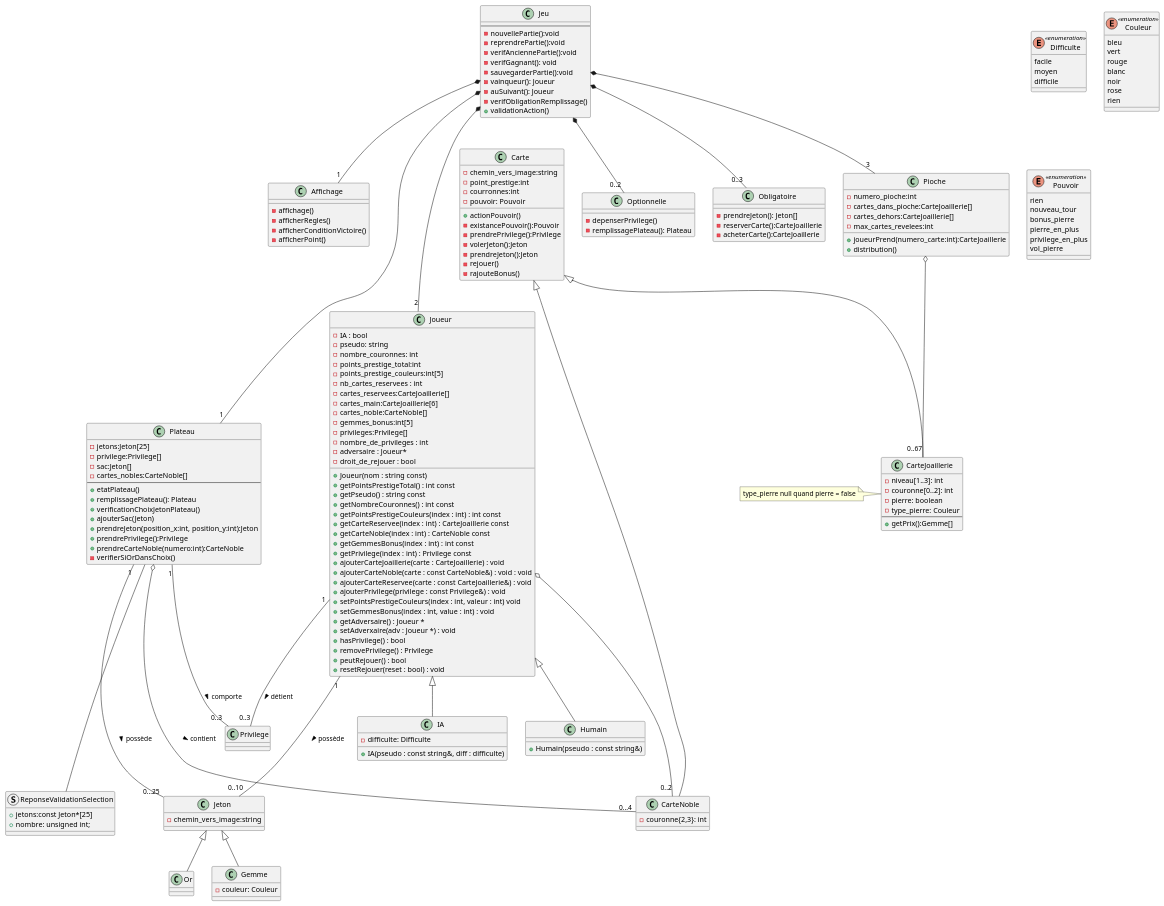
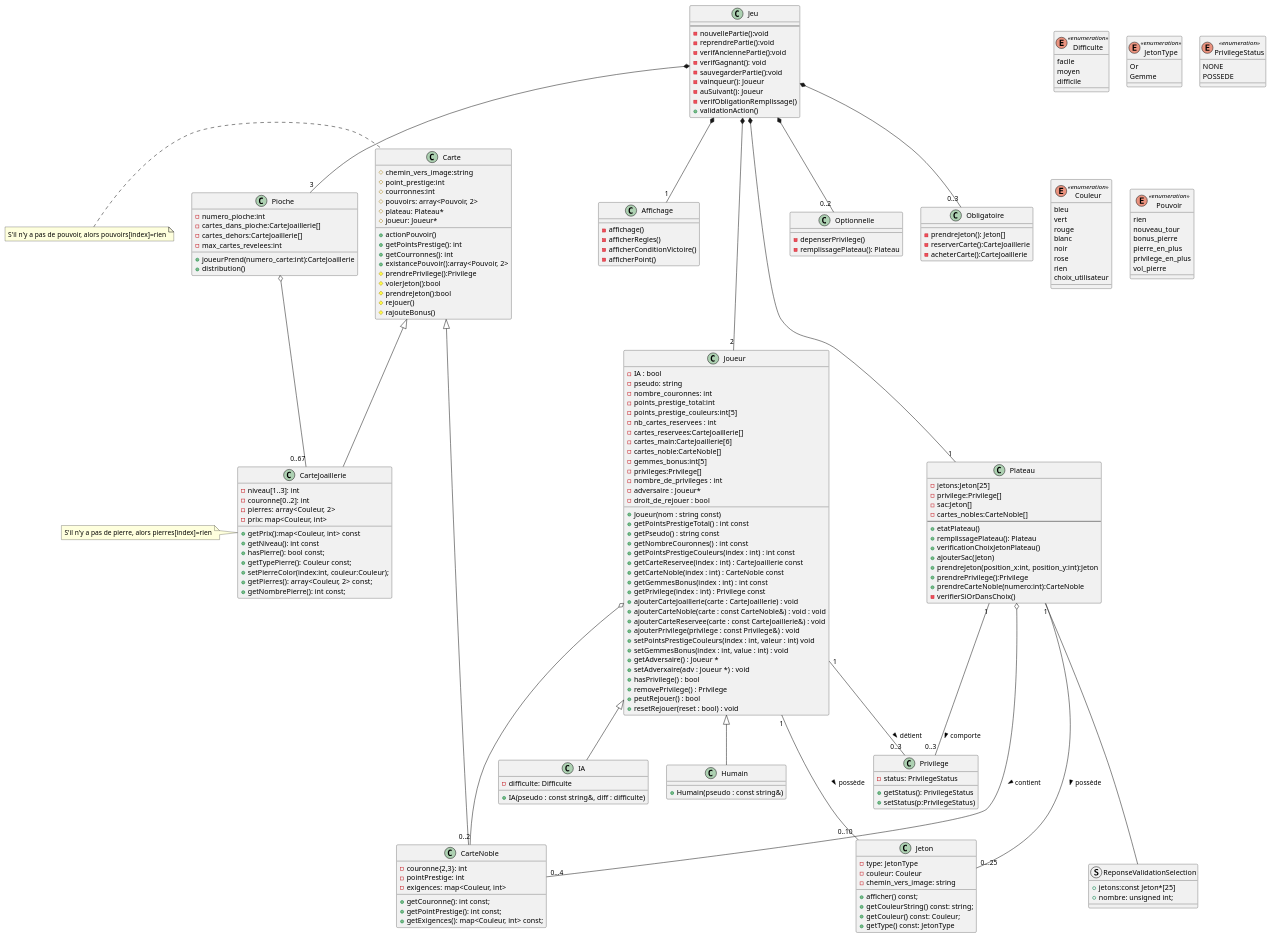
One commit to LaylaLunae/Splendor-duel changed the diagram in SplendorUML.puml. Above: the diagram before and after it, drawn with PlantUML. The commit also changed 6 other files, not shown here.

Commit message:
Modification des montants des bonus et des pouvoirs, mise à jour UML

```diff
--- a/SplendorUML.puml
+++ b/SplendorUML.puml
@@ -96,16 +96,31 @@
  difficile
 }
 
+enum JetonType <<enumeration>> {
+Or
+Gemme
+}
 class Jeton {
-- chemin_vers_image:string
+-type: JetonType
+-couleur: Couleur
+-chemin_vers_image: string
++afficher() const;
++getCouleurString() const: string;
++getCouleur() const: Couleur;
++getType() const: JetonType
+}
+
+enum PrivilegeStatus <<enumeration>> {
+NONE
+POSSEDE
 }
 class Privilege {
+-status: PrivilegeStatus
++getStatus(): PrivilegeStatus
++setStatus(p:PrivilegeStatus)
 }
-class Or {
-}
-class Gemme {
--couleur: Couleur
-}
+
+
 enum Couleur <<enumeration>> {
  bleu
  vert
@@ -114,8 +129,8 @@
  noir
  rose
  rien
+ choix_utilisateur
 }
-
 
 class Pioche{
 - numero_pioche:int
@@ -125,33 +140,49 @@
 + joueurPrend(numero_carte:int):CarteJoaillerie
 + distribution()
 }
+
 class Carte {
-- chemin_vers_image:string
-- point_prestige:int
-- courronnes:int
-- pouvoir: Pouvoir
+# chemin_vers_image:string
+# point_prestige:int
+# courronnes:int
+# pouvoirs: array<Pouvoir, 2>
+# plateau: Plateau*
+# joueur: Joueur*
 + actionPouvoir()
-- existancePouvoir():Pouvoir
-- prendrePrivilege():Privilege
-- volerJeton():Jeton
-- prendreJeton():Jeton
-- rejouer()
-- rajouteBonus()
++ getPointsPrestige(): int
++ getCourronnes(): int
++ existancePouvoir():array<Pouvoir, 2>
+# prendrePrivilege():Privilege
+# volerJeton():bool
+# prendreJeton():bool
+# rejouer()
+# rajouteBonus()
 }
+note left: S'il n'y a pas de pouvoir, alors pouvoirs[index]=rien
 
 class CarteNoble {
 -couronne{2,3}: int
+-pointPrestige: int
+-exigences: map<Couleur, int>
++getCouronne(): int const;
++getPointPrestige(): int const;
++getExigences(): map<Couleur, int> const;
 }
 
 class CarteJoaillerie {
 -niveau[1..3]: int
 -couronne[0..2]: int
--pierre: boolean
--type_pierre: Couleur
---
-+ getPrix():Gemme[]
+-pierres: array<Couleur, 2>
+-prix: map<Couleur, int>
++getPrix():map<Couleur, int> const
++getNiveau(): int const
++hasPierre(): bool const;
++getTypePierre(): Couleur const;
++setPierreColor(index:int, couleur:Couleur);
++getPierres(): array<Couleur, 2> const;
++getNombrePierre(): int const;
 }
-note left: type_pierre null quand pierre = false
+note left: S'il n'y a pas de pierre, alors pierres[index]=rien
 
 
 enum Pouvoir <<enumeration>> {
@@ -193,9 +224,6 @@
 
 Pioche o--"0..67" CarteJoaillerie
 
-Jeton <|-- Or
-Jeton <|-- Gemme
-
 Joueur "1" -- "0..3" Privilege: détient >
 Joueur "1" --- "0..10" Jeton: possède >
 Joueur o--"0..2" CarteNoble
```
